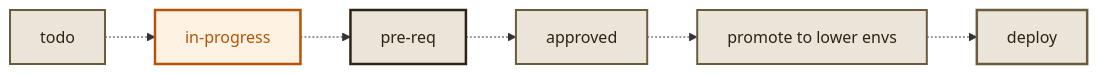
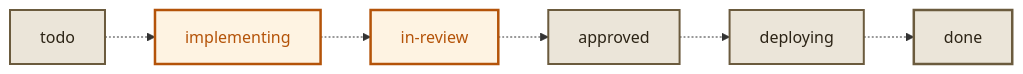
One commit to dunkinfrunkin/maestro changed the first of 5 diagrams in docs/docs/pipeline.mdx. Above: the diagram before and after it, drawn with Mermaid. The commit also changed other lines of this file, not shown here.

````diff
--- a/docs/docs/pipeline.mdx
+++ b/docs/docs/pipeline.mdx
@@ -10,11 +10,11 @@
 ```mermaid
 graph LR
-  TODO["todo"] -.-> IP["in-progress"] -.-> PRE["pre-req"] -.-> APP["approved"] -.-> LOWER["promote to lower envs"] -.-> DEP["deploy"]
+  TODO["todo"] -.-> IMP["implementing"] -.-> REV["in-review"] -.-> APP["approved"] -.-> DEP["deploying"] -.-> DONE["done"]
 
   style TODO fill:#ebe5d9,stroke:#6b5b3e,stroke-width:2px,color:#2c2416
-  style IP fill:#fef3e2,stroke:#b45309,stroke-width:2.5px,color:#b45309
-  style PRE fill:#ebe5d9,stroke:#2c2416,stroke-width:2.5px,color:#2c2416
+  style IMP fill:#fef3e2,stroke:#b45309,stroke-width:2.5px,color:#b45309
+  style REV fill:#fef3e2,stroke:#b45309,stroke-width:2.5px,color:#b45309
   style APP fill:#ebe5d9,stroke:#6b5b3e,stroke-width:2px,color:#2c2416
-  style LOWER fill:#ebe5d9,stroke:#6b5b3e,stroke-width:2px,color:#2c2416
-  style DEP fill:#ebe5d9,stroke:#6b5b3e,stroke-width:2.5px,color:#2c2416
+  style DEP fill:#ebe5d9,stroke:#6b5b3e,stroke-width:2px,color:#2c2416
+  style DONE fill:#ebe5d9,stroke:#6b5b3e,stroke-width:2.5px,color:#2c2416
 ```
````
